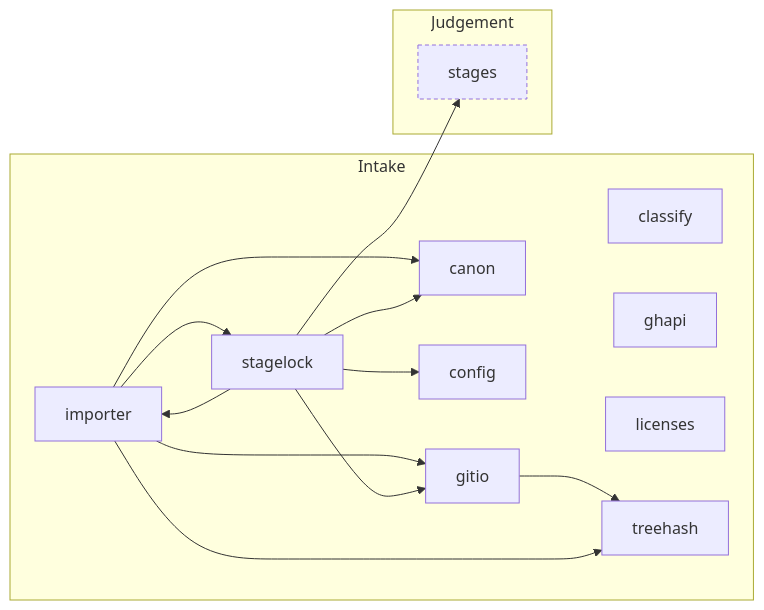
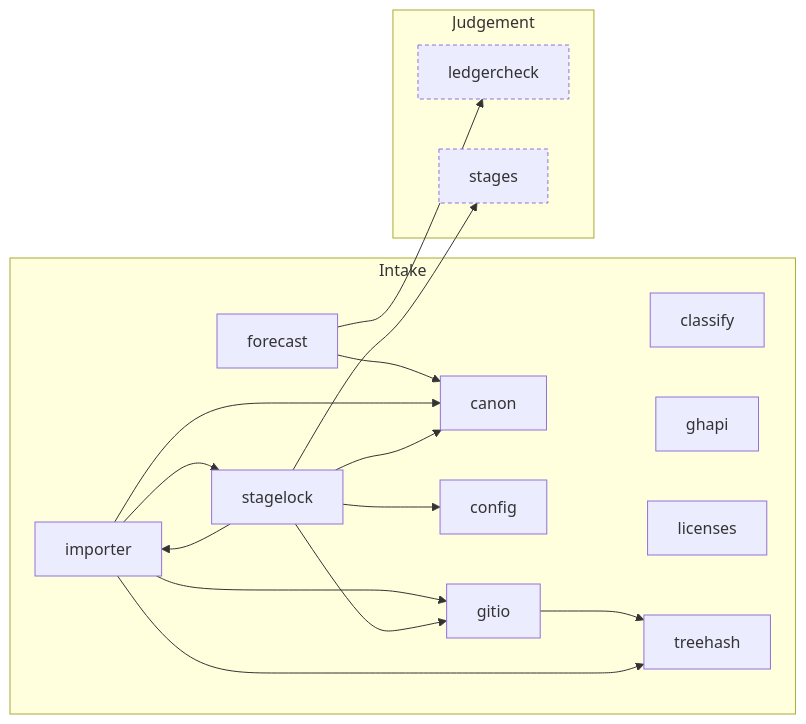
The fourth of 8 diagrams in docs/harita.md (Okan-wqm/snowball-mcp), drawn with Mermaid before and after one commit. The commit also changed other lines of this file and 23 other files, not shown here.

````diff
--- a/docs/harita.md
+++ b/docs/harita.md
@@ -183,28 +185,32 @@
 ```mermaid
 flowchart LR
   subgraph a_Intake["Intake"]
     m_canon["canon"]
     m_classify["classify"]
     m_config["config"]
+    m_forecast["forecast"]
     m_ghapi["ghapi"]
     m_gitio["gitio"]
     m_importer["importer"]
     m_licenses["licenses"]
     m_stagelock["stagelock"]
     m_treehash["treehash"]
   end
   subgraph a_Judgement["Judgement"]
+    m_ledgercheck["ledgercheck"]:::outside
     m_stages["stages"]:::outside
   end
+  m_forecast --> m_canon
+  m_forecast --> m_ledgercheck
   m_gitio --> m_treehash
   m_importer --> m_canon
   m_importer --> m_gitio
   m_importer --> m_stagelock
   m_importer --> m_treehash
   m_stagelock --> m_canon
   m_stagelock --> m_config
   m_stagelock --> m_gitio
   m_stagelock --> m_importer
   m_stagelock --> m_stages
   classDef outside stroke-dasharray: 4 3
 ```
````
